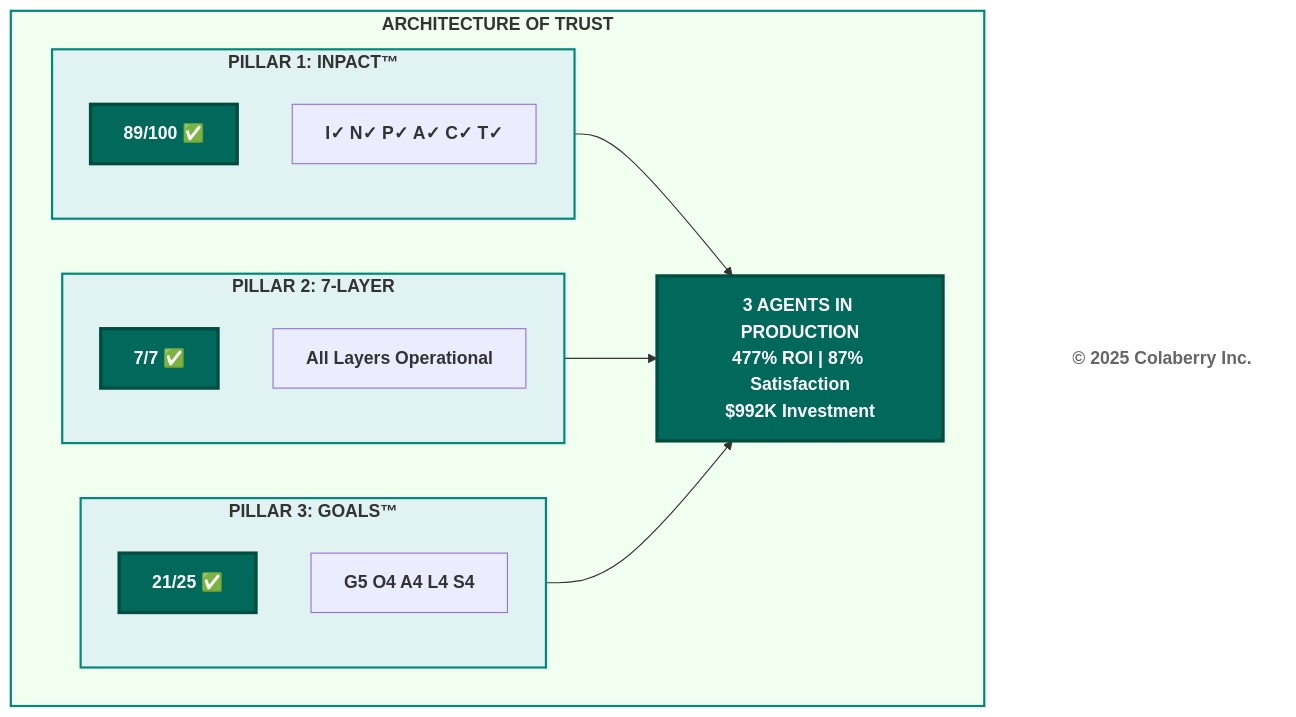
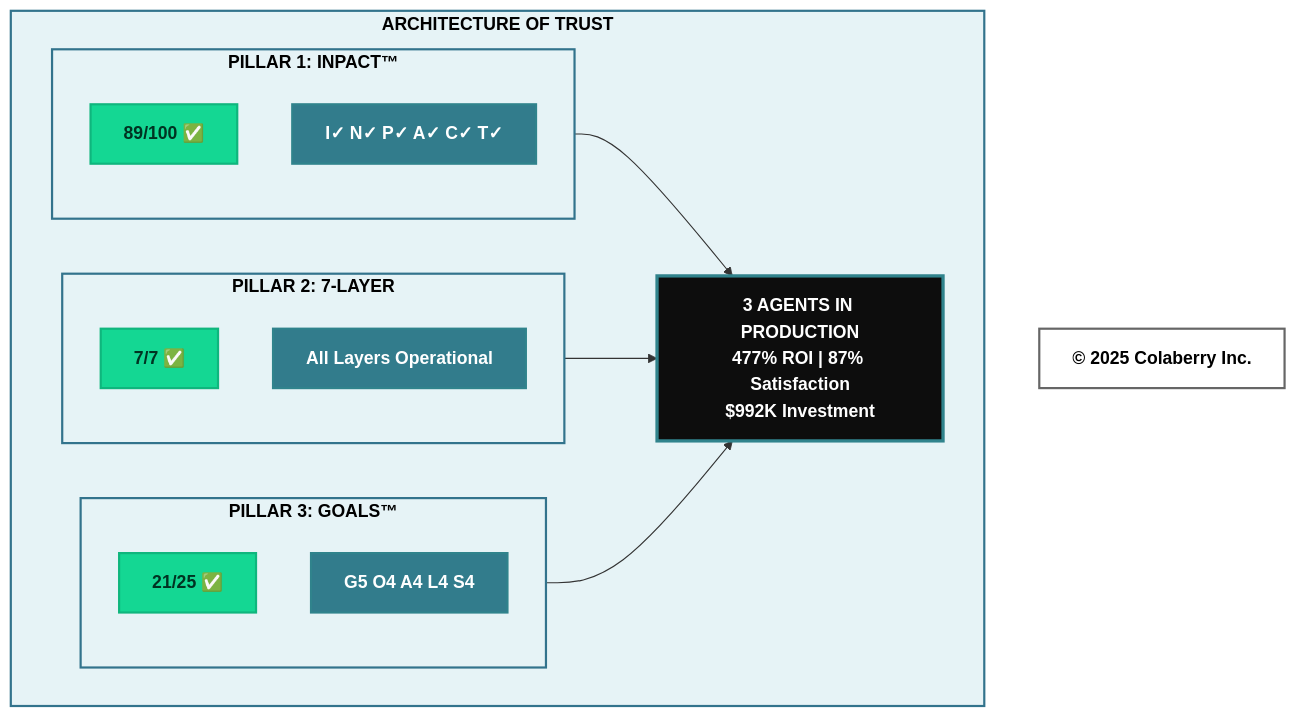
Before and after one commit to saitejesh-cyber/trust-before-intelligence-book: the tenth of 11 diagrams in manuscript/09_chapter_8_architecture_of_trust_in_action.md, drawn with Mermaid. The commit also changed other lines of this file, not shown here.

Commit message:
Update mermaid diagrams as per new coloberry color and contrast ratio for chapter 9

````diff
--- a/manuscript/09_chapter_8_architecture_of_trust_in_action.md
+++ b/manuscript/09_chapter_8_architecture_of_trust_in_action.md
@@ -1019,37 +1025,40 @@
 ```mermaid
 graph TB
     subgraph COMPLETE["<b>ARCHITECTURE OF TRUST</b>"]
         subgraph P1["<b>PILLAR 1: INPACT™</b>"]
             I1["<b>89/100 ✅</b>"]
             I2["<b>I✓ N✓ P✓ A✓ C✓ T✓</b>"]
         end
         
         subgraph P2["<b>PILLAR 2: 7-LAYER</b>"]
             L1["<b>7/7 ✅</b>"]
             L2["<b>All Layers Operational</b>"]
         end
         
         subgraph P3["<b>PILLAR 3: GOALS™</b>"]
             G1["<b>21/25 ✅</b>"]
             G2["<b>G5 O4 A4 L4 S4</b>"]
         end
         
         RESULT["<b>3 AGENTS IN PRODUCTION</b><br/><b>477% ROI | 87% Satisfaction</b><br/><b>$992K Investment</b>"]
     end
     
     P1 --> RESULT
     P2 --> RESULT
     P3 --> RESULT
     
-    style COMPLETE fill:#f0fff0,stroke:#00897b,stroke-width:2px
-    style P1 fill:#e0f2f1,stroke:#00897b,stroke-width:2px
-    style P2 fill:#e0f2f1,stroke:#00897b,stroke-width:2px
-    style P3 fill:#e0f2f1,stroke:#00897b,stroke-width:2px
-    style I1 fill:#00695c,color:#ffffff,stroke:#004d40,stroke-width:3px
-    style L1 fill:#00695c,color:#ffffff,stroke:#004d40,stroke-width:3px
-    style G1 fill:#00695c,color:#ffffff,stroke:#004d40,stroke-width:3px
-    style RESULT fill:#00695c,color:#ffffff,stroke:#004d40,stroke-width:3px
+    style COMPLETE fill:#E6F3F6,stroke:#32738C,stroke-width:2px,color:#000000
+    style P1 fill:#E6F3F6,stroke:#32738C,stroke-width:2px,color:#000000
+    style P2 fill:#E6F3F6,stroke:#32738C,stroke-width:2px,color:#000000
+    style P3 fill:#E6F3F6,stroke:#32738C,stroke-width:2px,color:#000000
+    style I1 fill:#14D793,stroke:#0FB67D,stroke-width:2px,color:#003322
+    style L1 fill:#14D793,stroke:#0FB67D,stroke-width:2px,color:#003322
+    style G1 fill:#14D793,stroke:#0FB67D,stroke-width:2px,color:#003322
+    style I2 fill:#327C8C,stroke:#30838C,stroke-width:2px,color:#ffffff
+    style L2 fill:#327C8C,stroke:#30838C,stroke-width:2px,color:#ffffff
+    style G2 fill:#327C8C,stroke:#30838C,stroke-width:2px,color:#ffffff
+    style RESULT fill:#0D0D0D,stroke:#30838C,stroke-width:3px,color:#ffffff
     
     Copyright["<b>© 2025 Colaberry Inc.</b>"]
-    style Copyright fill:#ffffff,stroke:none,color:#666666
+    style Copyright fill:#ffffff,stroke:#666666,stroke-width:2px,color:#000000
 ```
````
